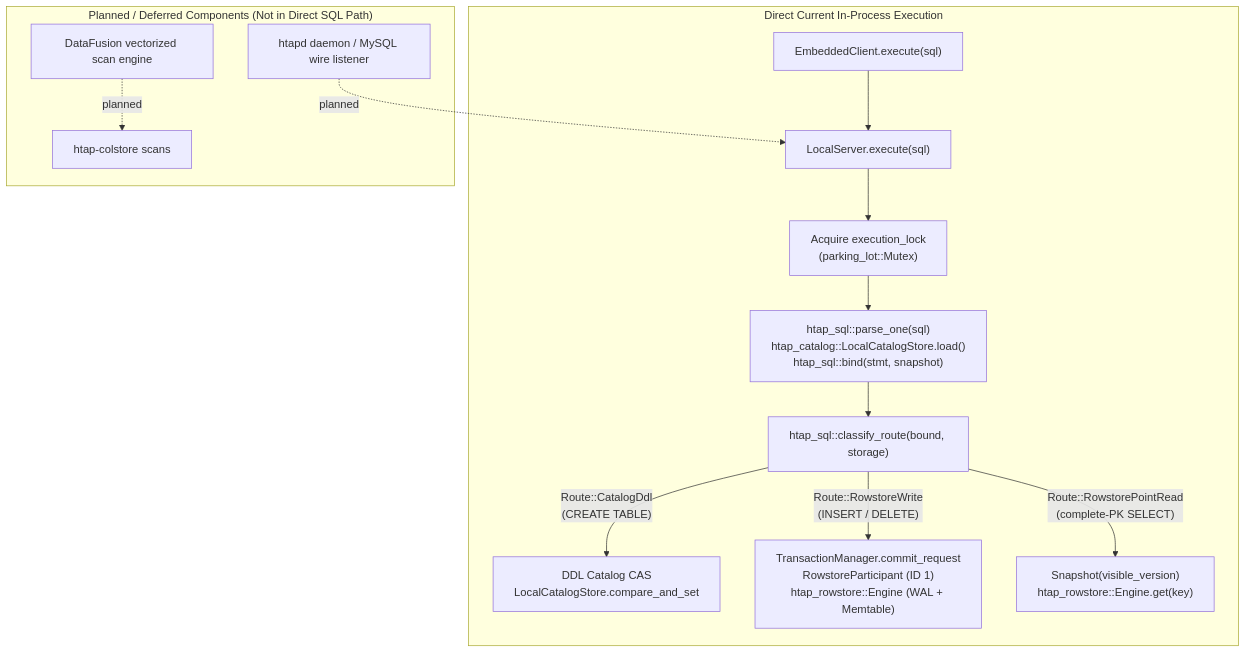
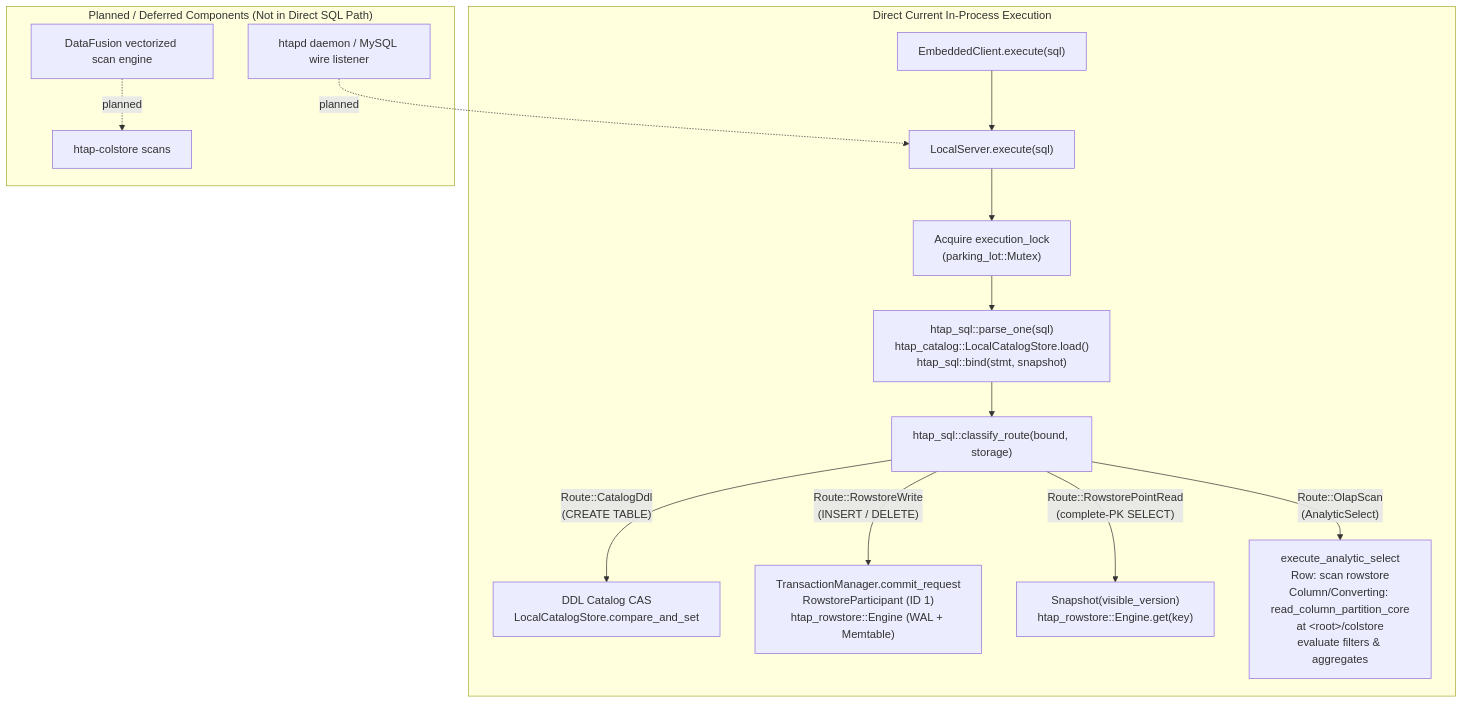
One commit to scarecrowgit/fluidb changed the first of 2 diagrams in docs/ARCHITECTURE.md. Above: the diagram before and after it, drawn with Mermaid. The commit also changed other lines of this file and 7 other files, not shown here.

````diff
--- a/docs/ARCHITECTURE.md
+++ b/docs/ARCHITECTURE.md
@@ -122,18 +124,19 @@
 ```mermaid
 flowchart TD
     subgraph CurrentDirectCalls ["Direct Current In-Process Execution"]
         EC["EmbeddedClient.execute(sql)"] --> LS["LocalServer.execute(sql)"]
         LS --> Lock["Acquire execution_lock<br/>(parking_lot::Mutex)"]
         Lock --> SQL["htap_sql::parse_one(sql)<br/>htap_catalog::LocalCatalogStore.load()<br/>htap_sql::bind(stmt, snapshot)"]
         SQL --> Route["htap_sql::classify_route(bound, storage)"]
 
         Route -->|"Route::CatalogDdl<br/>(CREATE TABLE)"| DDL["DDL Catalog CAS<br/>LocalCatalogStore.compare_and_set"]
         Route -->|"Route::RowstoreWrite<br/>(INSERT / DELETE)"| DML["TransactionManager.commit_request<br/>RowstoreParticipant (ID 1)<br/>htap_rowstore::Engine (WAL + Memtable)"]
         Route -->|"Route::RowstorePointRead<br/>(complete-PK SELECT)"| PointRead["Snapshot(visible_version)<br/>htap_rowstore::Engine.get(key)"]
+        Route -->|"Route::OlapScan<br/>(AnalyticSelect)"| OlapScan["execute_analytic_select<br/>Row: scan rowstore<br/>Column/Converting: read_column_partition_core<br/>at &lt;root&gt;/colstore<br/>evaluate filters &amp; aggregates"]
     end
 
     subgraph PlannedDeferred ["Planned / Deferred Components (Not in Direct SQL Path)"]
         Daemon["htapd daemon / MySQL wire listener"] -.->|planned| LS
         DataFusion["DataFusion vectorized scan engine"] -.->|planned| ColEngine["htap-colstore scans"]
     end
 ```
````
